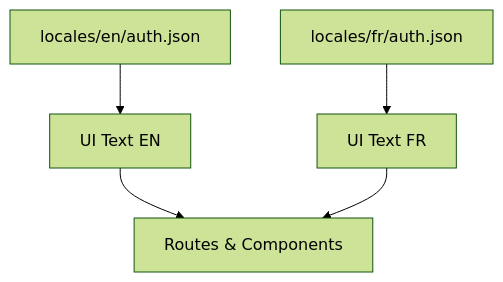
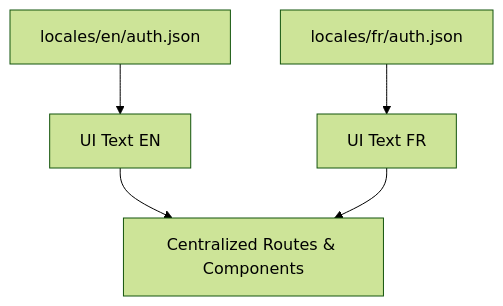
The ninth of 10 diagrams in .qoder/repowiki/en/content/System Architecture/Frontend Architecture/Authentication & Authorization UI/Authentication & Authorization UI.md (franckylab/eLISAschool), drawn with Mermaid (forest theme) before and after one commit. The commit also changed other lines of this file and 97 other files, not shown here.

````diff
--- a/.qoder/repowiki/en/content/System Architecture/Frontend Architecture/Authentication & Authorization UI/Authentication & Authorization UI.md
+++ b/.qoder/repowiki/en/content/System Architecture/Frontend Architecture/Authentication & Authorization UI/Authentication & Authorization UI.md
@@ -345,7 +373,7 @@
 ```mermaid
 graph TB
 LEn["locales/en/auth.json"] --> UIEN["UI Text EN"]
 LFo["locales/fr/auth.json"] --> UIFo["UI Text FR"]
-UIEN --> Routes["Routes & Components"]
+UIEN --> Routes["Centralized Routes & Components"]
 UIFo --> Routes
 ```
````
